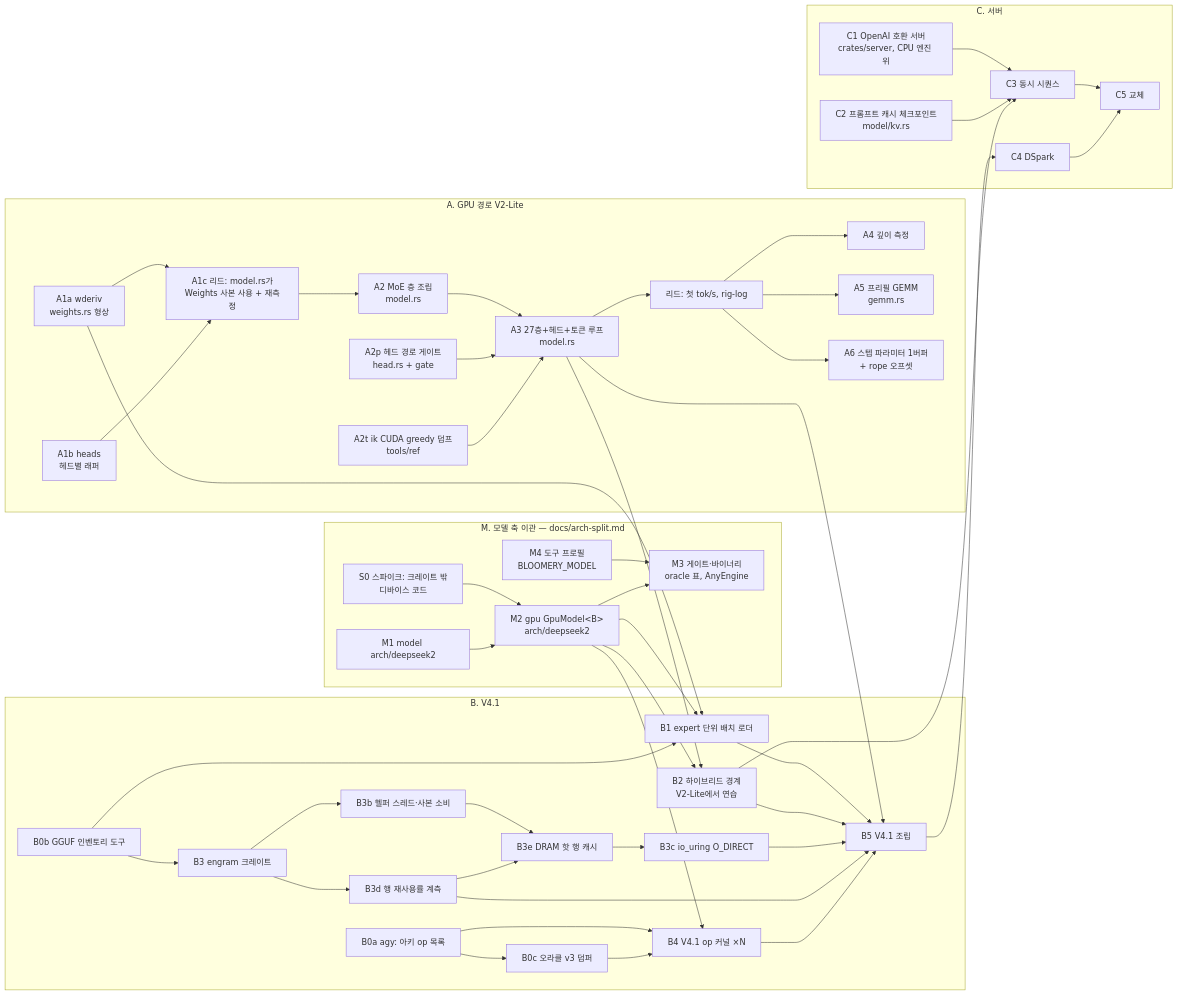
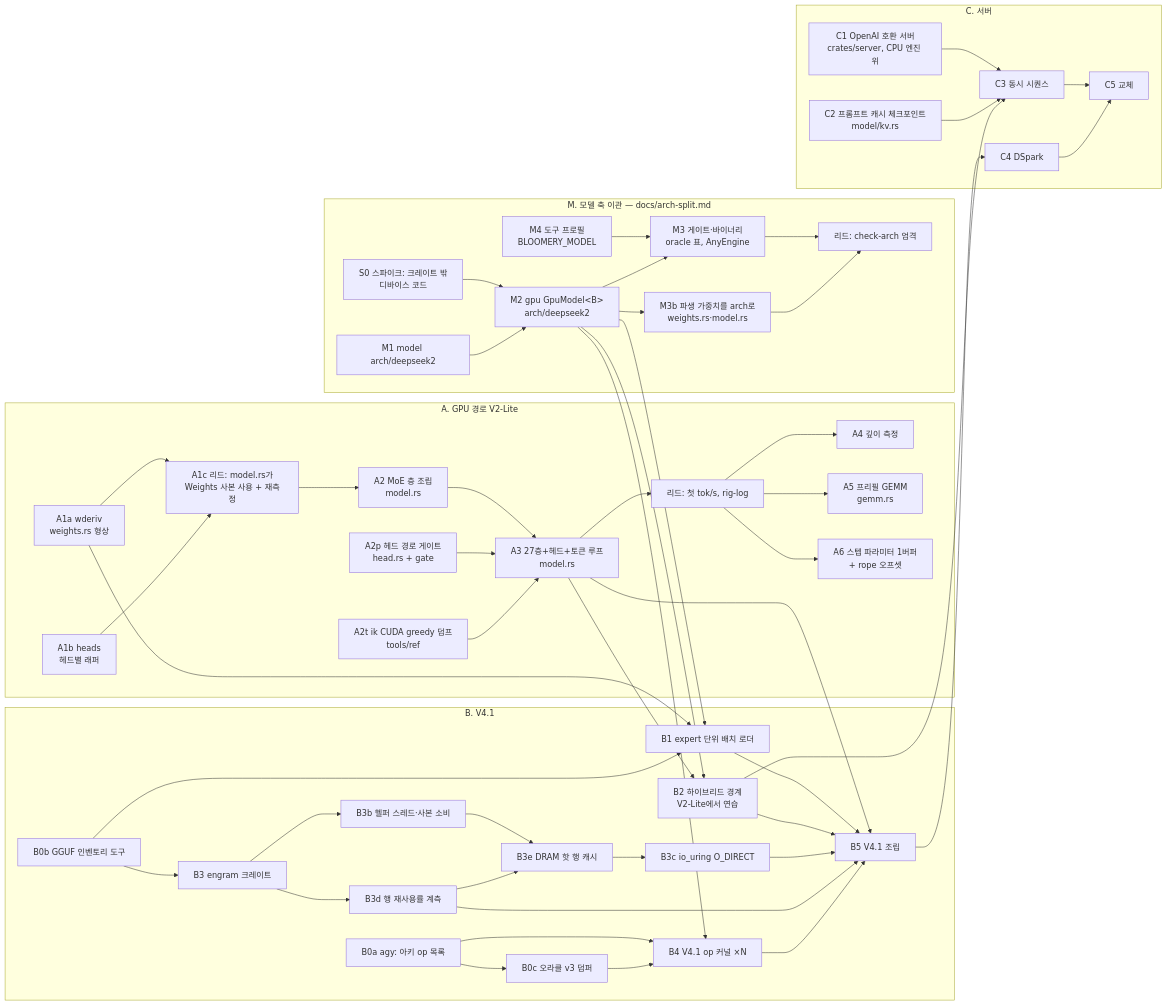
Before and after one commit to midagedev/bloomery: the diagram in docs/plan.md, drawn with Mermaid. The commit also changed other lines of this file and 1 other file, not shown here.

````diff
--- a/docs/plan.md
+++ b/docs/plan.md
@@ -297,49 +252,52 @@
 ```mermaid
 flowchart LR
   subgraph A[A. GPU 경로 V2-Lite]
     A1a[A1a wderiv<br/>weights.rs 형상] --> A1c[A1c 리드: model.rs가<br/>Weights 사본 사용 + 재측정]
     A1b[A1b heads<br/>헤드별 래퍼] --> A1c
     A1c --> A2[A2 MoE 층 조립<br/>model.rs]
     A2 --> A3[A3 27층+헤드+토큰 루프<br/>model.rs]
     Ah[A2p 헤드 경로 게이트<br/>head.rs + gate] --> A3
     Ag[A2t ik CUDA greedy 덤프<br/>tools/ref] --> A3
     A3 --> A3m[리드: 첫 tok/s, rig-log]
     A3m --> A4[A4 깊이 측정]
     A3m --> A5[A5 프리필 GEMM<br/>gemm.rs]
     A3m --> Asp[A6 스텝 파라미터 1버퍼<br/>+ rope 오프셋]
   end
   subgraph M[M. 모델 축 이관 — docs/arch-split.md]
     S0[S0 스파이크: 크레이트 밖<br/>디바이스 코드] --> M2
     M1[M1 model arch/deepseek2] --> M2[M2 gpu GpuModel&lt;B&gt;<br/>arch/deepseek2]
     M4[M4 도구 프로필<br/>BLOOMERY_MODEL] --> M3
     M2 --> M3[M3 게이트·바이너리<br/>oracle 표, AnyEngine]
+    M2 --> M3b[M3b 파생 가중치를 arch로<br/>weights.rs·model.rs]
+    M3 --> CA[리드: check-arch 엄격]
+    M3b --> CA
   end
   subgraph B[B. V4.1]
     B0a[B0a agy: 아키 op 목록] --> B4[B4 V4.1 op 커널 ×N]
     B0b[B0b GGUF 인벤토리 도구] --> B1[B1 expert 단위 배치 로더]
     B0b --> B3[B3 engram 크레이트]
     B0c[B0c 오라클 v3 덤퍼] --> B4
     B0a --> B0c
     A1a --> B1
     A3 --> B2[B2 하이브리드 경계<br/>V2-Lite에서 연습]
     B1 --> B5[B5 V4.1 조립]
     B2 --> B5
     B3 --> B3b[B3b 헬퍼 스레드·사본 소비] --> B3e[B3e DRAM 핫 행 캐시] --> B3c[B3c io_uring O_DIRECT]
     B3 --> B3d[B3d 행 재사용률 계측] --> B3e
     B3c --> B5
     B3d --> B5
     B4 --> B5
     A3 --> B5
   end
   subgraph C[C. 서버]
     C1[C1 OpenAI 호환 서버<br/>crates/server, CPU 엔진 위] --> C3[C3 동시 시퀀스]
     C2[C2 프롬프트 캐시 체크포인트<br/>model/kv.rs] --> C3
     B2 --> C3
     B5 --> C4[C4 DSpark]
     C3 --> C5[C5 교체]
     C4 --> C5
   end
   M2 --> B1
   M2 --> B2
   M2 --> B4
 ```
````
